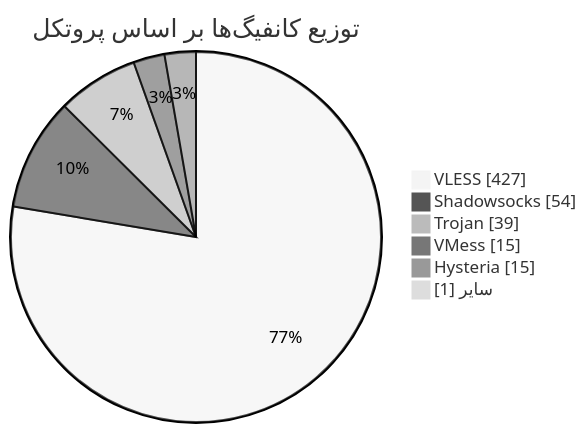
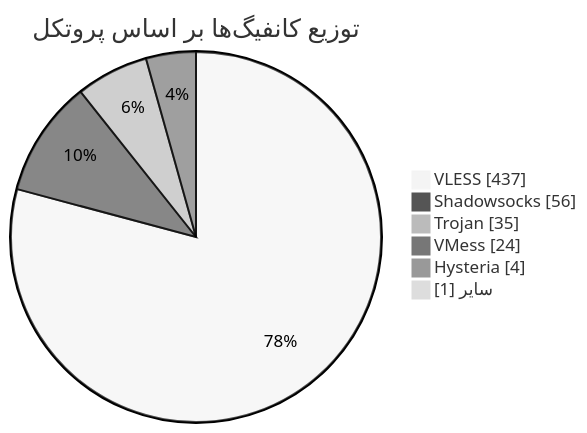
The diagram in README.md (Arian-Alijani/Somthing), drawn with Mermaid (neutral theme) before and after one commit. The commit also changed other lines of this file and 73 other files, not shown here.

````diff
--- a/README.md
+++ b/README.md
@@ -48,10 +48,10 @@
 ```mermaid
 pie showData
     title توزیع کانفیگ‌ها بر اساس پروتکل
-    "VLESS" : 427
-    "Shadowsocks" : 54
-    "Trojan" : 39
-    "VMess" : 15
-    "Hysteria" : 15
+    "VLESS" : 437
+    "Shadowsocks" : 56
+    "Trojan" : 35
+    "VMess" : 24
+    "Hysteria" : 4
     "سایر" : 1
 ```
````
